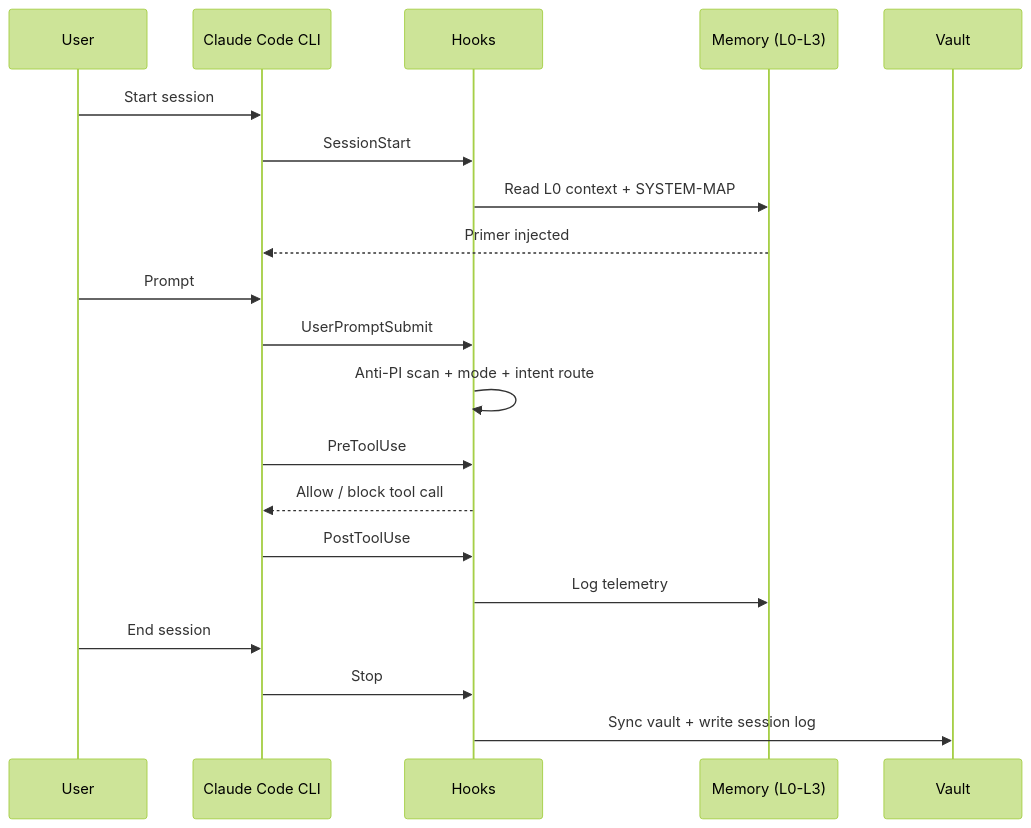
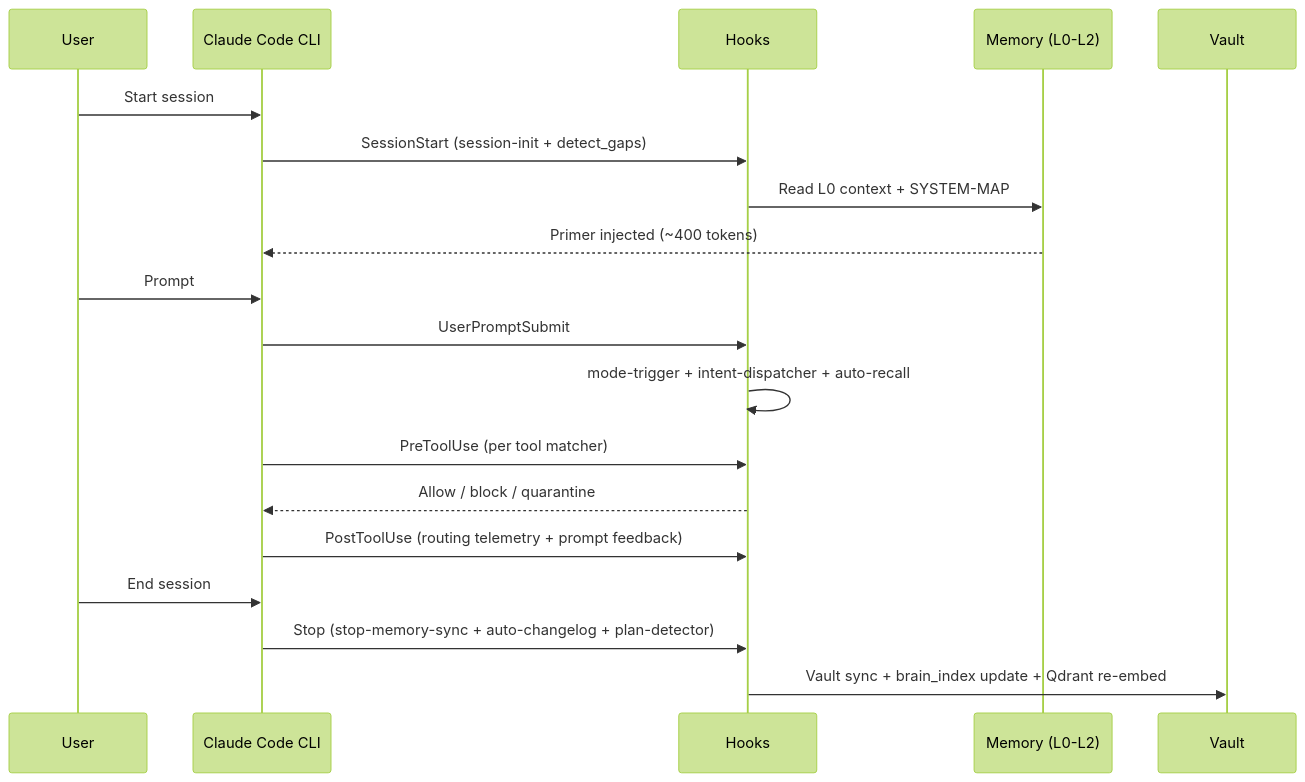
One commit to SkiTemplar/ultron-control-center changed the first of 2 diagrams in README.md. Above: the diagram before and after it, drawn with Mermaid (forest theme). The commit also changed other lines of this file and 15 other files, not shown here.

````diff
--- a/README.md
+++ b/README.md
@@ -135,23 +137,22 @@
 ```mermaid
 sequenceDiagram
     participant U as User
     participant CC as Claude Code CLI
     participant H as Hooks
-    participant M as Memory (L0-L3)
+    participant M as Memory (L0-L2)
     participant V as Vault
 
     U->>CC: Start session
-    CC->>H: SessionStart
+    CC->>H: SessionStart (session-init + detect_gaps)
     H->>M: Read L0 context + SYSTEM-MAP
-    M-->>CC: Primer injected
+    M-->>CC: Primer injected (~400 tokens)
     U->>CC: Prompt
     CC->>H: UserPromptSubmit
-    H->>H: Anti-PI scan + mode + intent route
-    CC->>H: PreToolUse
-    H-->>CC: Allow / block tool call
-    CC->>H: PostToolUse
-    H->>M: Log telemetry
+    H->>H: mode-trigger + intent-dispatcher + auto-recall
+    CC->>H: PreToolUse (per tool matcher)
+    H-->>CC: Allow / block / quarantine
+    CC->>H: PostToolUse (routing telemetry + prompt feedback)
     U->>CC: End session
-    CC->>H: Stop
-    H->>V: Sync vault + write session log
+    CC->>H: Stop (stop-memory-sync + auto-changelog + plan-detector)
+    H->>V: Vault sync + brain_index update + Qdrant re-embed
 ```
````
